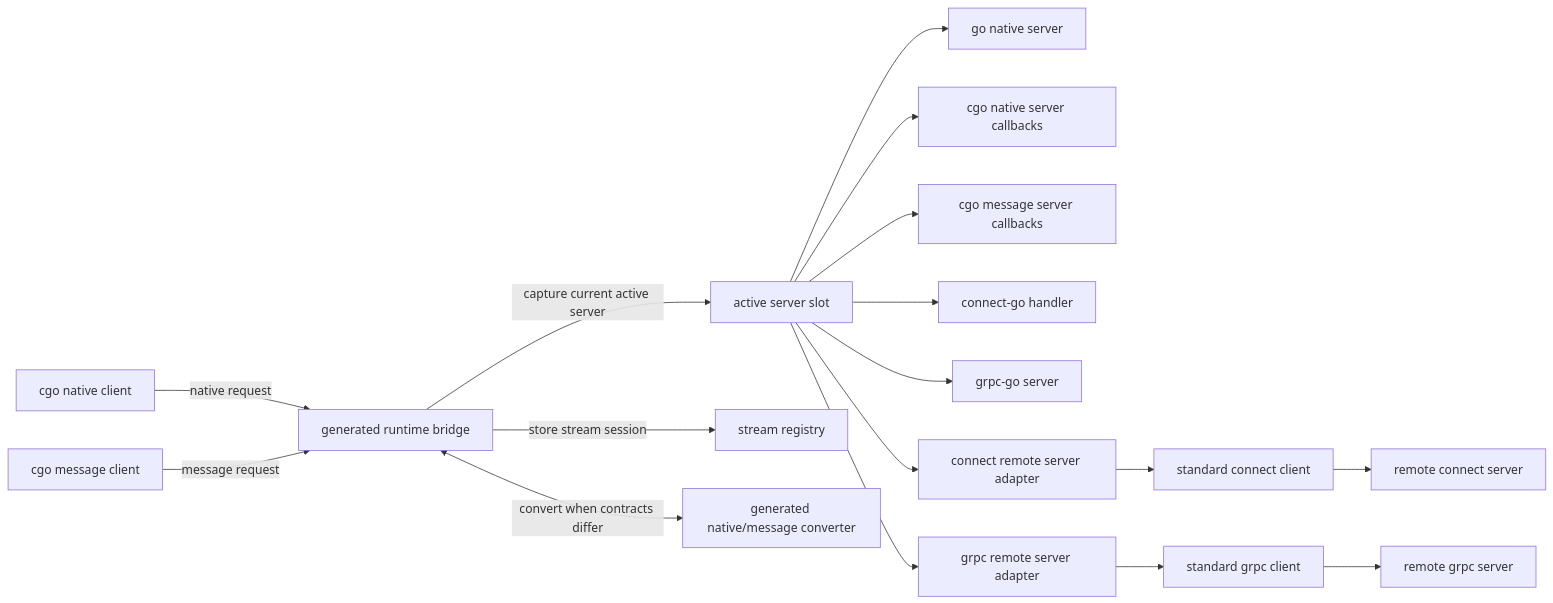
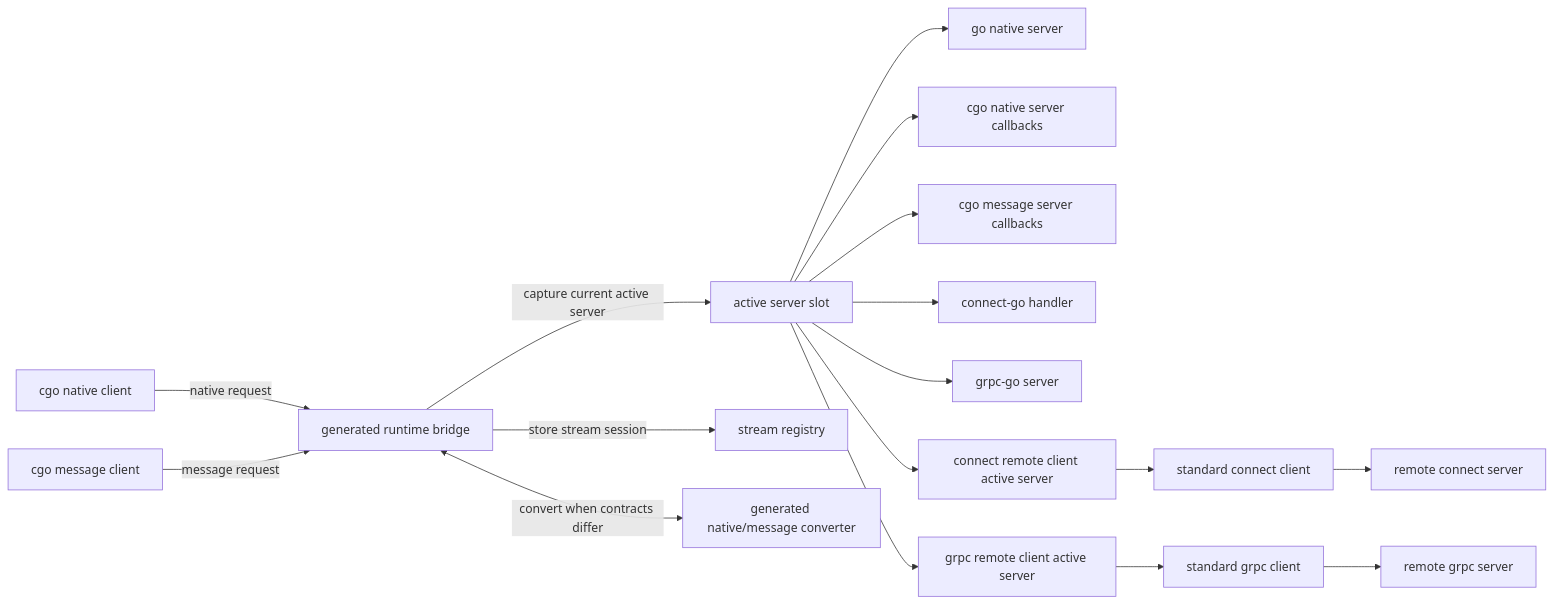
The diagram in docs/specs/2026-04-27-rpccgo-modular-dispatcher-architecture.md (ygrpc/rpccgo), drawn with Mermaid before and after one commit. The commit also changed other lines of this file and 32 other files, not shown here.

Commit message:
Generate direct remote client runtime

````diff
--- a/docs/specs/2026-04-27-rpccgo-modular-dispatcher-architecture.md
+++ b/docs/specs/2026-04-27-rpccgo-modular-dispatcher-architecture.md
@@ -17,40 +17,40 @@
 ```mermaid
 flowchart LR
     CNativeClient["cgo native client"]
     CMessageClient["cgo message client"]
     Bridge["generated runtime bridge"]
     Slot["active server slot"]
     Streams["stream registry"]
     Converter["generated native/message converter"]
 
     GoNative["go native server"]
     CGONative["cgo native server callbacks"]
     CGOMessage["cgo message server callbacks"]
     ConnectHandler["connect-go handler"]
     GRPCServer["grpc-go server"]
-    ConnectRemote["connect remote server adapter"]
-    GRPCRemote["grpc remote server adapter"]
+    ConnectRemote["connect remote client active server"]
+    GRPCRemote["grpc remote client active server"]
 
     ConnectClient["standard connect client"]
     GRPCClient["standard grpc client"]
     RemoteConnectServer["remote connect server"]
     RemoteGRPCServer["remote grpc server"]
 
     CNativeClient -->|"native request"| Bridge
     CMessageClient -->|"message request"| Bridge
 
     Bridge -->|"capture current active server"| Slot
     Bridge -->|"store stream session"| Streams
     Bridge <-->|"convert when contracts differ"| Converter
 
     Slot --> GoNative
     Slot --> CGONative
     Slot --> CGOMessage
     Slot --> ConnectHandler
     Slot --> GRPCServer
     Slot --> ConnectRemote
     Slot --> GRPCRemote
 
     ConnectRemote --> ConnectClient --> RemoteConnectServer
     GRPCRemote --> GRPCClient --> RemoteGRPCServer
 ```
````
